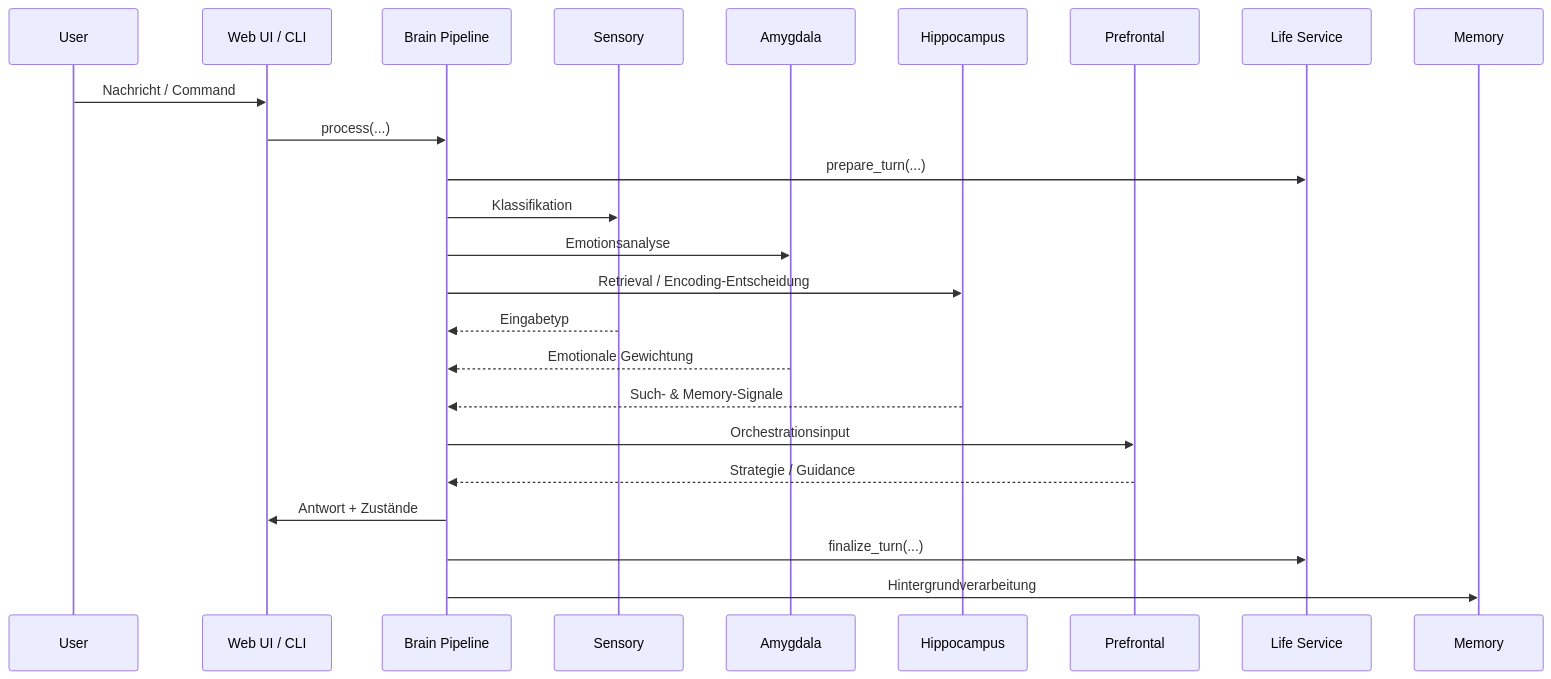
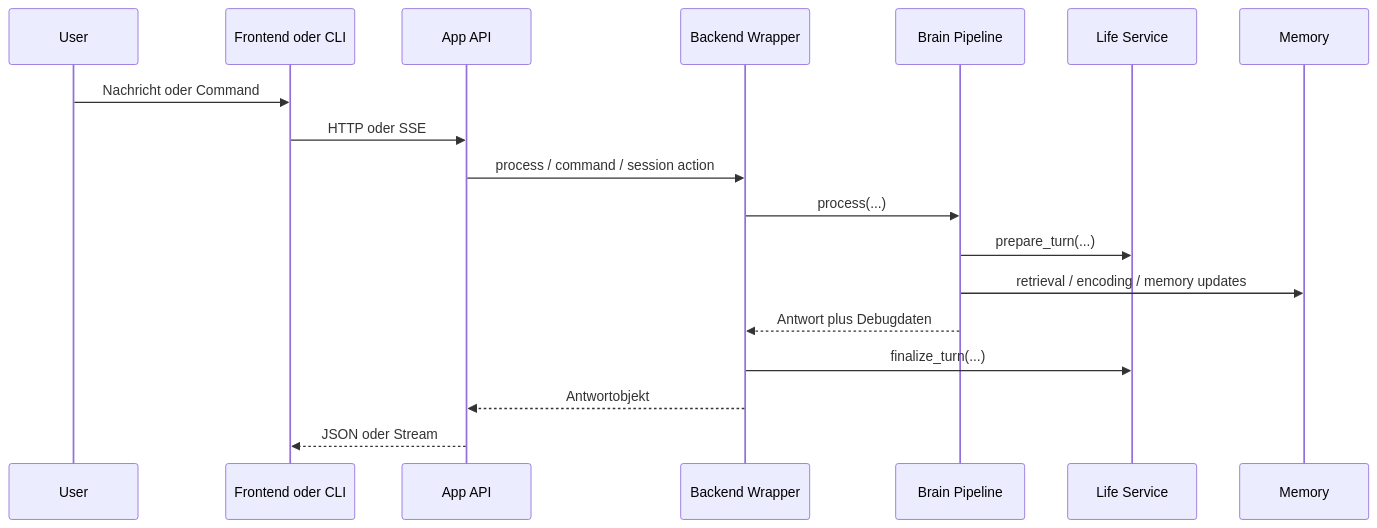
Before and after one commit to 017pixel/CHAPPiE: the first of 3 diagrams in docs/workflows.md, drawn with Mermaid. The commit also changed other lines of this file and 98 other files, not shown here.

````diff
--- a/docs/workflows.md
+++ b/docs/workflows.md
@@ -5,27 +5,21 @@
 ```mermaid
 sequenceDiagram
     participant U as User
-    participant UI as Web UI / CLI
+    participant FE as Frontend oder CLI
+    participant API as App API
+    participant BW as Backend Wrapper
     participant BP as Brain Pipeline
-    participant S as Sensory
-    participant A as Amygdala
-    participant H as Hippocampus
-    participant P as Prefrontal
     participant L as Life Service
     participant M as Memory
 
-    U->>UI: Nachricht / Command
-    UI->>BP: process(...)
+    U->>FE: Nachricht oder Command
+    FE->>API: HTTP oder SSE
+    API->>BW: process / command / session action
+    BW->>BP: process(...)
     BP->>L: prepare_turn(...)
-    BP->>S: Klassifikation
-    BP->>A: Emotionsanalyse
-    BP->>H: Retrieval / Encoding-Entscheidung
-    S-->>BP: Eingabetyp
-    A-->>BP: Emotionale Gewichtung
-    H-->>BP: Such- & Memory-Signale
-    BP->>P: Orchestrationsinput
-    P-->>BP: Strategie / Guidance
-    BP->>UI: Antwort + Zustände
-    BP->>L: finalize_turn(...)
-    BP->>M: Hintergrundverarbeitung
+    BP->>M: retrieval / encoding / memory updates
+    BP-->>BW: Antwort plus Debugdaten
+    BW->>L: finalize_turn(...)
+    BW-->>API: Antwortobjekt
+    API-->>FE: JSON oder Stream
 ```
````
